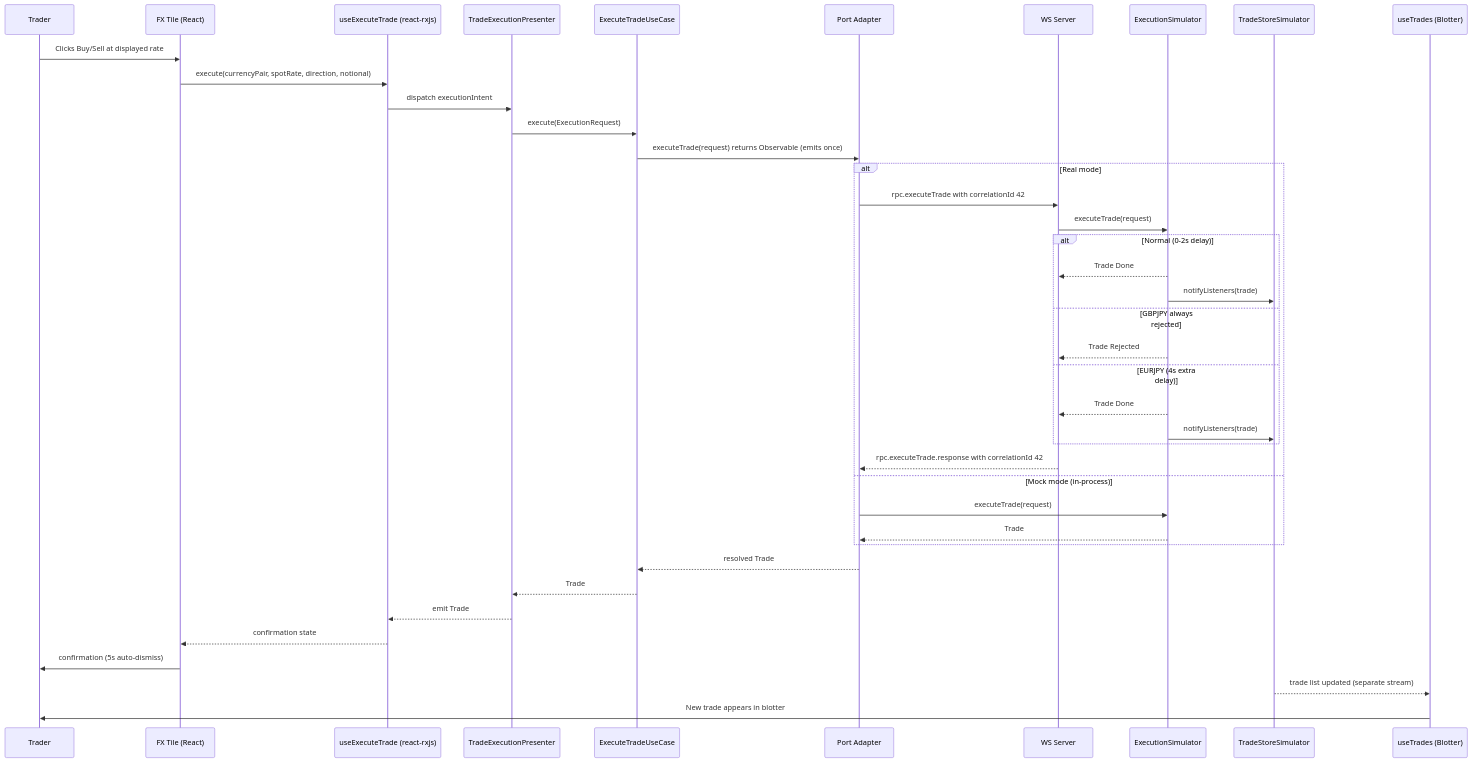
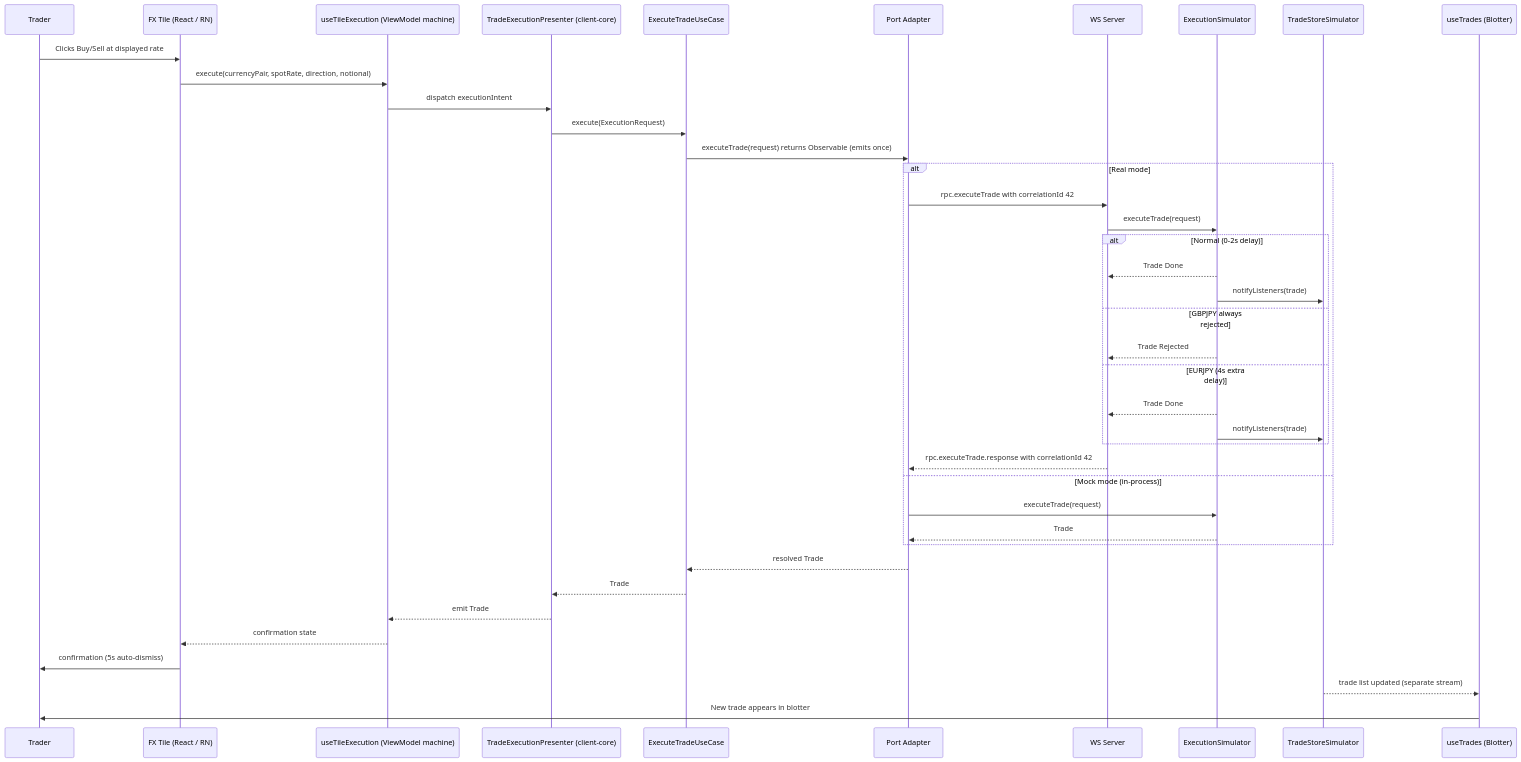
One commit to bettersoftware-io/ReactiveTraderCloudClone changed diagram 15 of 29 in docs/architecture.md. Above: the diagram before and after it, drawn with Mermaid. The commit also changed other lines of this file and 4 other files, not shown here.

First line of the commit message:
docs(architecture): sync architecture.md with the multi-client reality

````diff
--- a/docs/architecture.md
+++ b/docs/architecture.md
@@ -794,46 +1015,46 @@
 ```mermaid
 sequenceDiagram
     participant Trader
-    participant Tile as FX Tile (React)
-    participant Hook as useExecuteTrade (react-rxjs)
-    participant Presenter as TradeExecutionPresenter
+    participant Tile as FX Tile (React / RN)
+    participant Hook as useTileExecution (ViewModel machine)
+    participant Presenter as TradeExecutionPresenter (client-core)
     participant UC as ExecuteTradeUseCase
     participant Adapter as Port Adapter
     participant Server as WS Server
     participant ExecSim as ExecutionSimulator
     participant Store as TradeStoreSimulator
     participant BlotterHook as useTrades (Blotter)
 
     Trader->>Tile: Clicks Buy/Sell at displayed rate
     Tile->>Hook: execute(currencyPair, spotRate, direction, notional)
     Hook->>Presenter: dispatch executionIntent
     Presenter->>UC: execute(ExecutionRequest)
     UC->>Adapter: executeTrade(request) returns Observable (emits once)
 
     alt Real mode
         Adapter->>Server: rpc.executeTrade with correlationId 42
         Server->>ExecSim: executeTrade(request)
         alt Normal (0-2s delay)
             ExecSim-->>Server: Trade Done
             ExecSim->>Store: notifyListeners(trade)
         else GBPJPY always rejected
             ExecSim-->>Server: Trade Rejected
         else EURJPY (4s extra delay)
             ExecSim-->>Server: Trade Done
             ExecSim->>Store: notifyListeners(trade)
         end
         Server-->>Adapter: rpc.executeTrade.response with correlationId 42
     else Mock mode (in-process)
         Adapter->>ExecSim: executeTrade(request)
         ExecSim-->>Adapter: Trade
     end
 
     Adapter-->>UC: resolved Trade
     UC-->>Presenter: Trade
     Presenter-->>Hook: emit Trade
     Hook-->>Tile: confirmation state
     Tile->>Trader: confirmation (5s auto-dismiss)
 
     Store-->>BlotterHook: trade list updated (separate stream)
     BlotterHook->>Trader: New trade appears in blotter
 ```
````
